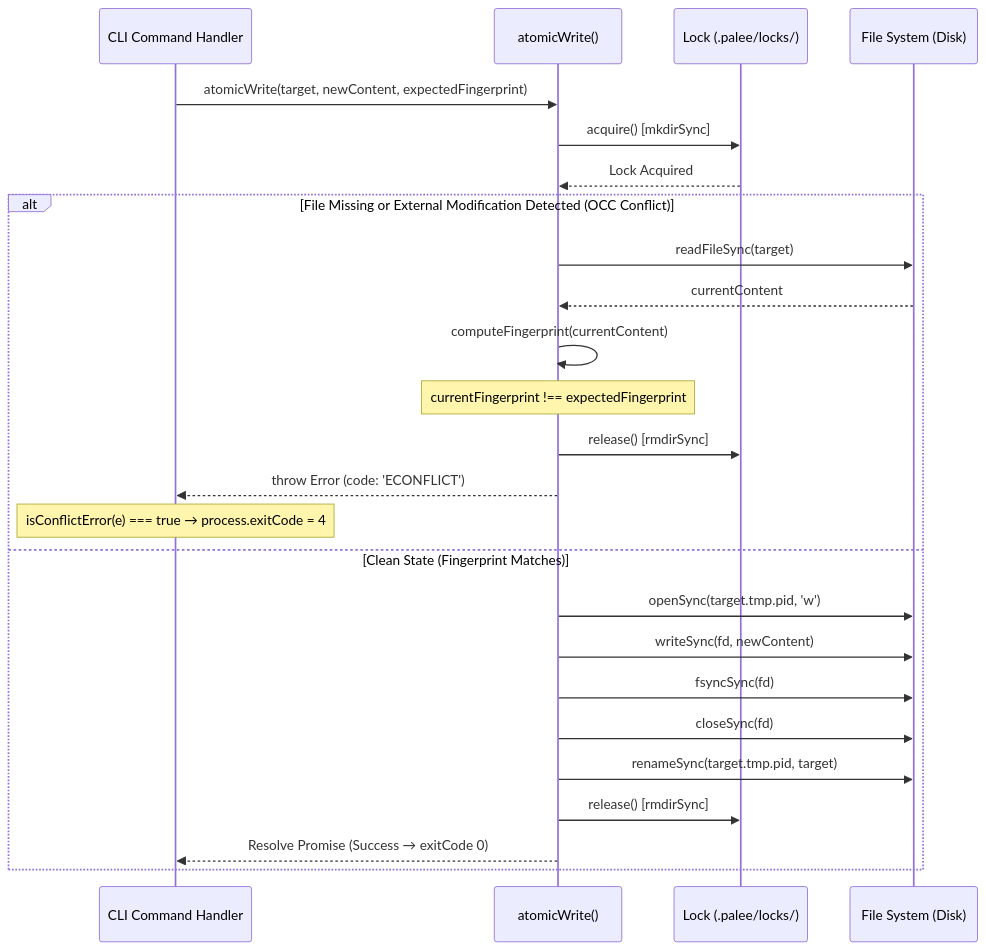
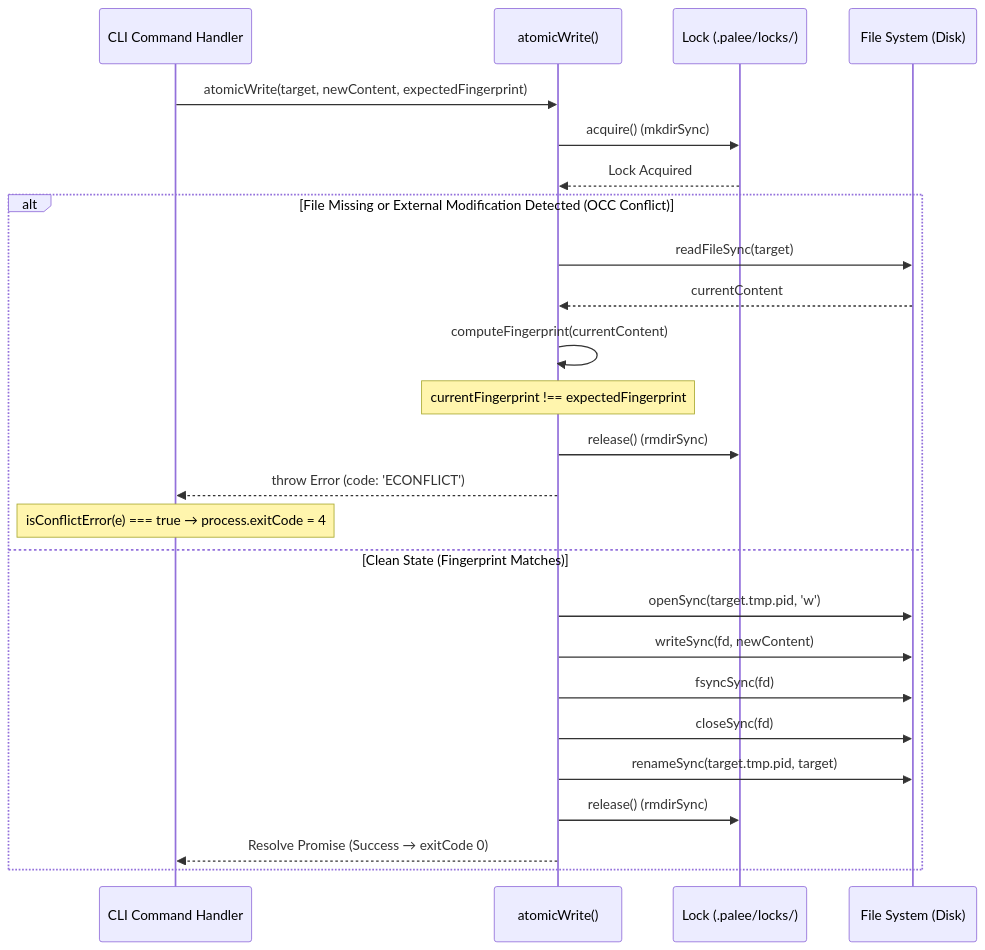
One commit to Kuldeep2822k/cli changed the first of 2 diagrams in docs/04-1-frontmatter-parser-and-atomic-writes.md. Above: the diagram before and after it, drawn with Mermaid. The commit also changed 22 other files, not shown here.

First line of the commit message:
docs: resolve documentation audit drift, navigation gaps, and diagram layouts (#189)

````diff
--- a/docs/04-1-frontmatter-parser-and-atomic-writes.md
+++ b/docs/04-1-frontmatter-parser-and-atomic-writes.md
@@ -81,29 +81,29 @@
 ```mermaid
 sequenceDiagram
     participant CLI as CLI Command Handler
     participant AW as atomicWrite()
     participant Lock as Lock (.palee/locks/)
     participant FS as File System (Disk)
 
     CLI->>AW: atomicWrite(target, newContent, expectedFingerprint)
-    AW->>Lock: acquire() [mkdirSync]
+    AW->>Lock: acquire() (mkdirSync)
     Lock-->>AW: Lock Acquired
 
     alt File Missing or External Modification Detected (OCC Conflict)
         AW->>FS: readFileSync(target)
         FS-->>AW: currentContent
         AW->>AW: computeFingerprint(currentContent)
         Note over AW: currentFingerprint !== expectedFingerprint
-        AW->>Lock: release() [rmdirSync]
+        AW->>Lock: release() (rmdirSync)
         AW-->>CLI: throw Error (code: 'ECONFLICT')
         Note over CLI: isConflictError(e) === true → process.exitCode = 4
     else Clean State (Fingerprint Matches)
         AW->>FS: openSync(target.tmp.pid, 'w')
         AW->>FS: writeSync(fd, newContent)
         AW->>FS: fsyncSync(fd)
         AW->>FS: closeSync(fd)
         AW->>FS: renameSync(target.tmp.pid, target)
-        AW->>Lock: release() [rmdirSync]
+        AW->>Lock: release() (rmdirSync)
         AW-->>CLI: Resolve Promise (Success → exitCode 0)
     end
 ```
````
